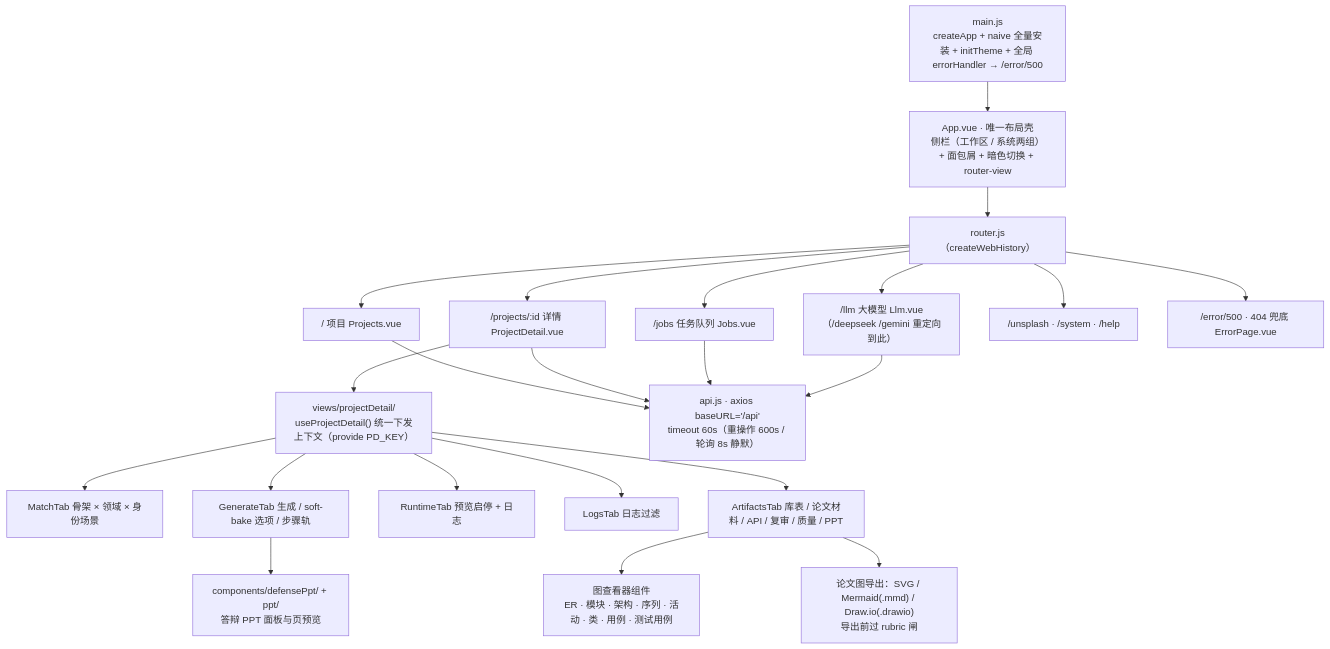
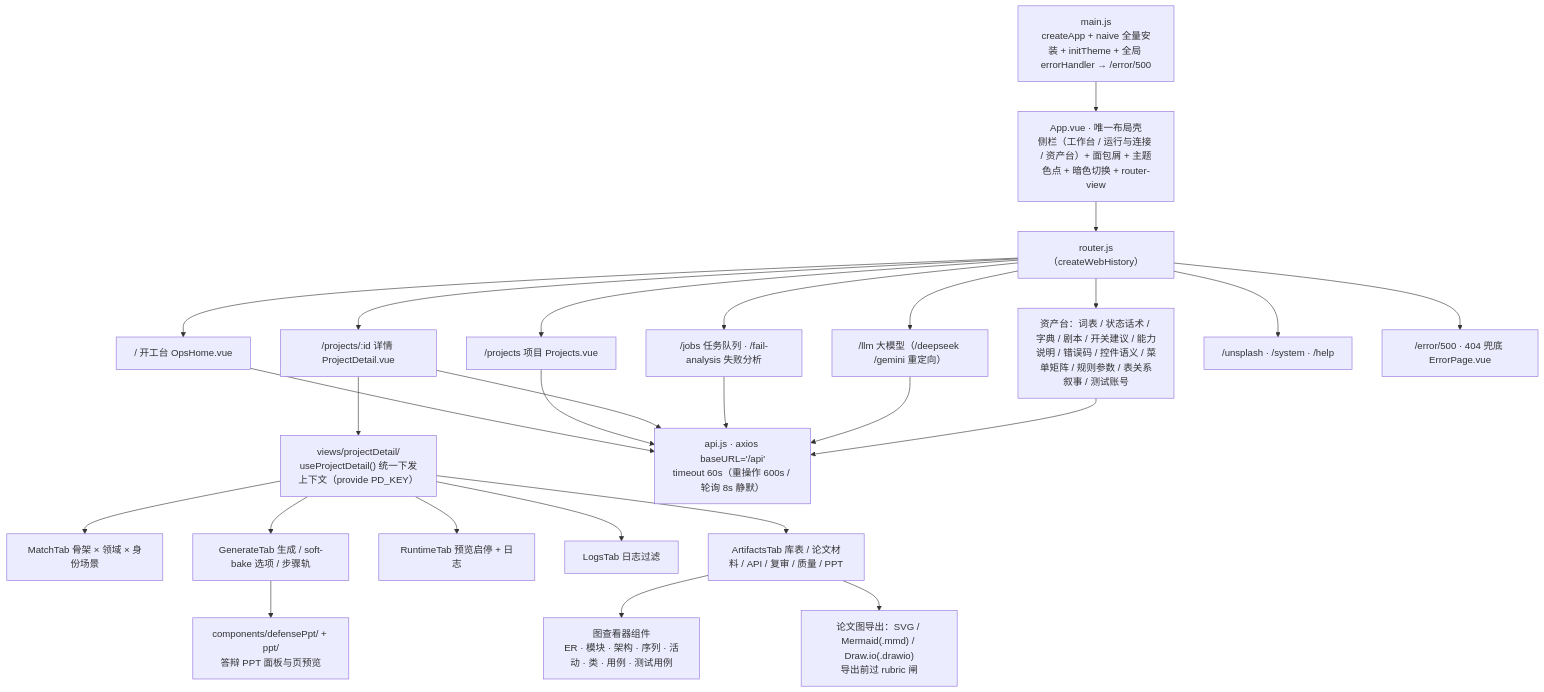
One commit to Ta321487/Gate changed the fourth of 10 diagrams in ARCHITECTURE.md. Above: the diagram before and after it, drawn with Mermaid. The commit also changed other lines of this file and 1 other file, not shown here.

Commit message:
架构图：同步侧栏分组、论文类图拆分与终稿吸收入口。

````diff
--- a/ARCHITECTURE.md
+++ b/ARCHITECTURE.md
@@ -199,27 +199,31 @@
 ```mermaid
 flowchart TB
-    MAIN["main.js<br/>createApp + naive 全量安装 + initTheme + 全局 errorHandler → /error/500"] --> APP["App.vue · 唯一布局壳<br/>侧栏（工作区 / 系统两组）+ 面包屑 + 暗色切换 + router-view"]
+    MAIN["main.js<br/>createApp + naive 全量安装 + initTheme + 全局 errorHandler → /error/500"] --> APP["App.vue · 唯一布局壳<br/>侧栏（工作台 / 运行与连接 / 资产台）+ 面包屑 + 主题色点 + 暗色切换 + router-view"]
     APP --> RT["router.js（createWebHistory）"]
 
-    RT --> V1["/ 项目 Projects.vue"]
+    RT --> V0["/ 开工台 OpsHome.vue"]
+    RT --> V1["/projects 项目 Projects.vue"]
     RT --> V2["/projects/:id 详情 ProjectDetail.vue"]
-    RT --> V3["/jobs 任务队列 Jobs.vue"]
-    RT --> V4["/llm 大模型 Llm.vue（/deepseek /gemini 重定向到此）"]
-    RT --> V5["/unsplash · /system · /help"]
-    RT --> V6["/error/500 · 404 兜底 ErrorPage.vue"]
+    RT --> V3["/jobs 任务队列 · /fail-analysis 失败分析"]
+    RT --> V4["/llm 大模型（/deepseek /gemini 重定向）"]
+    RT --> V5["资产台：词表 / 状态话术 / 字典 / 剧本 / 开关建议 / 能力说明 / 错误码 / 控件语义 / 菜单矩阵 / 规则参数 / 表关系叙事 / 测试账号"]
+    RT --> V6["/unsplash · /system · /help"]
+    RT --> V7["/error/500 · 404 兜底 ErrorPage.vue"]
 
     V2 --> PD["views/projectDetail/<br/>useProjectDetail() 统一下发上下文（provide PD_KEY）"]
     PD --> T1["MatchTab 骨架 × 领域 × 身份场景"]
     PD --> T2["GenerateTab 生成 / soft-bake 选项 / 步骤轨"]
     PD --> T3["RuntimeTab 预览启停 + 日志"]
     PD --> T4["LogsTab 日志过滤"]
     PD --> T5["ArtifactsTab 库表 / 论文材料 / API / 复审 / 质量 / PPT"]
     T5 --> AV["图查看器组件<br/>ER · 模块 · 架构 · 序列 · 活动 · 类 · 用例 · 测试用例"]
     T5 --> DX["论文图导出：SVG / Mermaid(.mmd) / Draw.io(.drawio)<br/>导出前过 rubric 闸"]
     T2 --> PPM["components/defensePpt/ + ppt/<br/>答辩 PPT 面板与页预览"]
 
-    V1 --> API["api.js · axios baseURL='/api'<br/>timeout 60s（重操作 600s / 轮询 8s 静默）"]
+    V0 --> API["api.js · axios baseURL='/api'<br/>timeout 60s（重操作 600s / 轮询 8s 静默）"]
+    V1 --> API
     V2 --> API
     V3 --> API
     V4 --> API
+    V5 --> API
 ```
````
